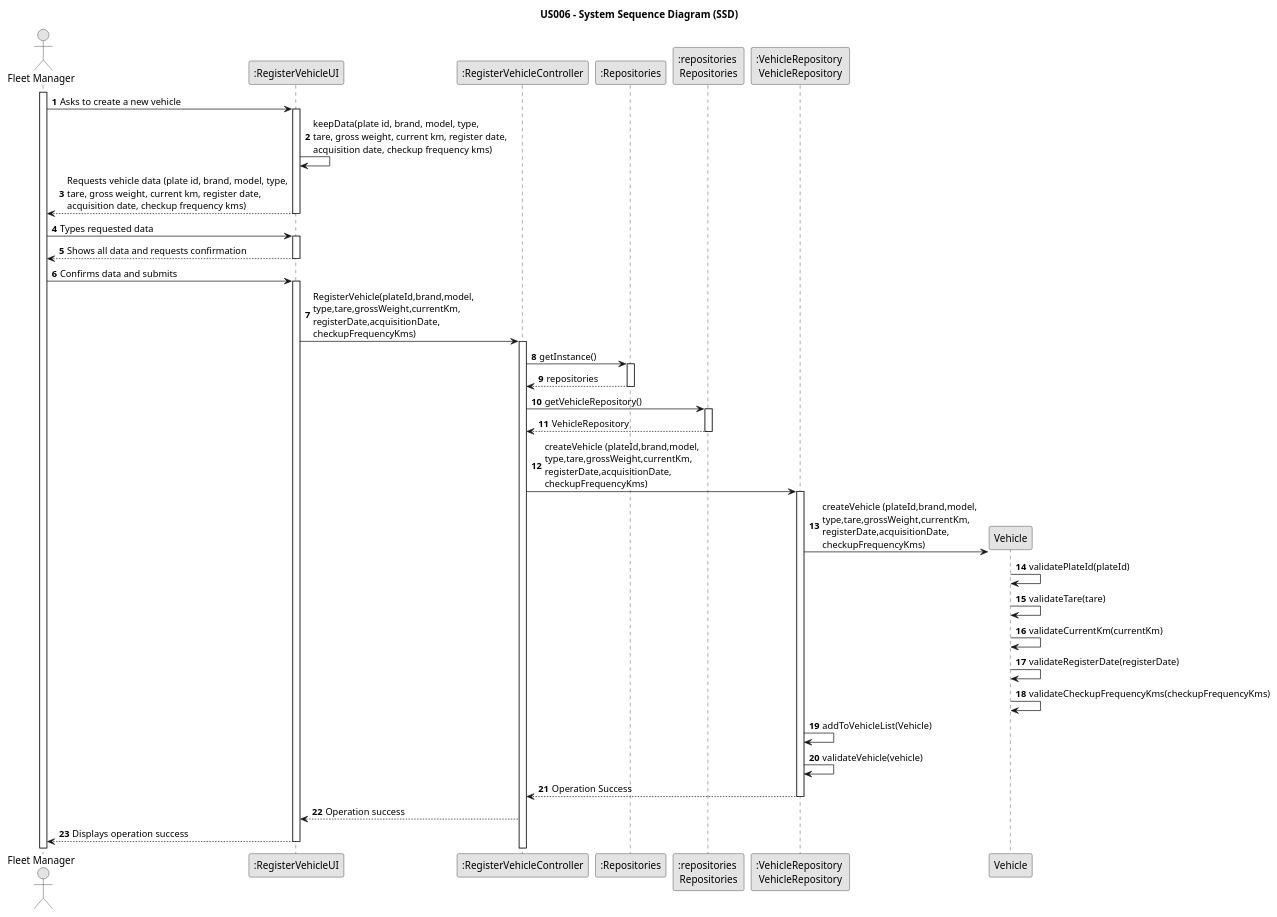
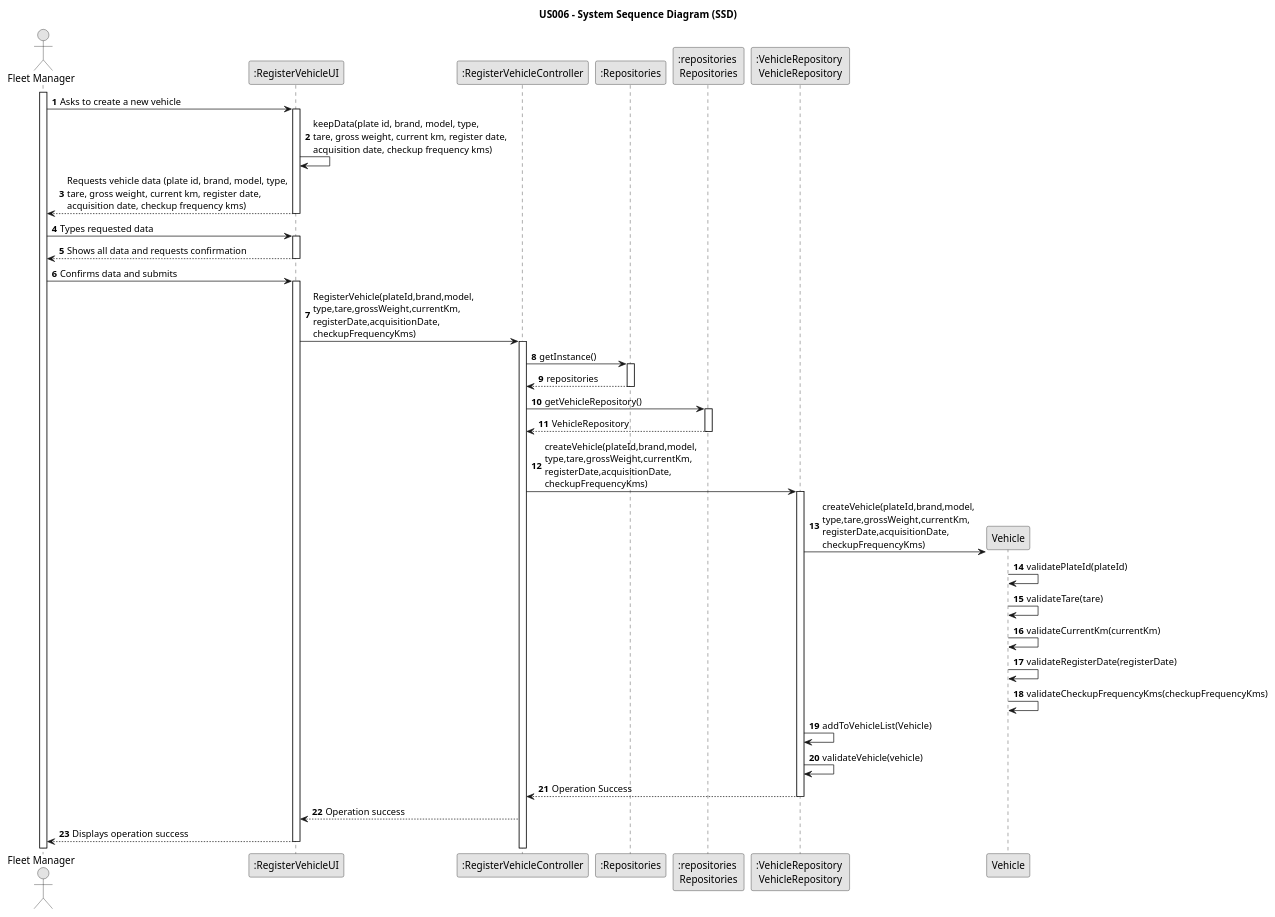
The diagram in docs/sprintB/us006/03.design/puml/us006-system-sequence-diagram.puml (Rui-San/LAPR2_2023_2024), drawn with PlantUML before and after one commit. The commit also changed 1 other file, not shown here.

```diff
--- a/docs/sprintB/us006/03.design/puml/us006-system-sequence-diagram.puml
+++ b/docs/sprintB/us006/03.design/puml/us006-system-sequence-diagram.puml
@@ -1,84 +1,84 @@
 @startuml
 skinparam monochrome true
 skinparam packageStyle rectangle
 skinparam shadowing false
 
 title US006 - System Sequence Diagram (SSD)
 
 autonumber
 
 actor "Fleet Manager" as Employee
 participant ":RegisterVehicleUI" as System
 participant ":RegisterVehicleController" as CTRL
 participant ":Repositories" as REP
 participant ":repositories \nRepositories" as REPS
 participant ":VehicleRepository \nVehicleRepository" as VR
 
 activate Employee
 
     Employee -> System : Asks to create a new vehicle
     activate System
     System->System: keepData(plate id, brand, model, type,\ntare, gross weight, current km, register date,\nacquisition date, checkup frequency kms)
     System  --> Employee : Requests vehicle data (plate id, brand, model, type,\ntare, gross weight, current km, register date,\nacquisition date, checkup frequency kms)
     deactivate System
 
     Employee -> System : Types requested data
     activate System
 
         System --> Employee : Shows all data and requests confirmation
     deactivate System
 
     Employee -> System : Confirms data and submits
     activate System
         System->CTRL :RegisterVehicle(plateId,brand,model,\ntype,tare,grossWeight,currentKm,\nregisterDate,acquisitionDate,\ncheckupFrequencyKms)
         activate CTRL
 
             CTRL->REP: getInstance()
 
             activate REP
 
             REP-->CTRL: repositories
 
             deactivate REP
 
             CTRL->REPS: getVehicleRepository()
 
             activate REPS
 
             REPS-->CTRL: VehicleRepository
 
             deactivate REPS
 
-            CTRL->VR: createVehicle (plateId,brand,model,\ntype,tare,grossWeight,currentKm,\nregisterDate,acquisitionDate,\ncheckupFrequencyKms)
+            CTRL->VR: createVehicle(plateId,brand,model,\ntype,tare,grossWeight,currentKm,\nregisterDate,acquisitionDate,\ncheckupFrequencyKms)
 
             activate VR
 
-            VR->Vehicle**: createVehicle (plateId,brand,model,\ntype,tare,grossWeight,currentKm,\nregisterDate,acquisitionDate,\ncheckupFrequencyKms)
+            VR->Vehicle**: createVehicle(plateId,brand,model,\ntype,tare,grossWeight,currentKm,\nregisterDate,acquisitionDate,\ncheckupFrequencyKms)
 
             Vehicle->Vehicle: validatePlateId(plateId)
             Vehicle->Vehicle: validateTare(tare)
             Vehicle->Vehicle: validateCurrentKm(currentKm)
             Vehicle->Vehicle: validateRegisterDate(registerDate)
             Vehicle->Vehicle: validateCheckupFrequencyKms(checkupFrequencyKms)
 
 
             VR->VR: addToVehicleList(Vehicle)
 
             VR->VR: validateVehicle(vehicle)
 
 
             VR-->CTRL: Operation Success
 
             deactivate VR
 
             CTRL-->System: Operation success
 
 
 
         System --> Employee : Displays operation success
     deactivate System
 
 
 
 
 @enduml
```
